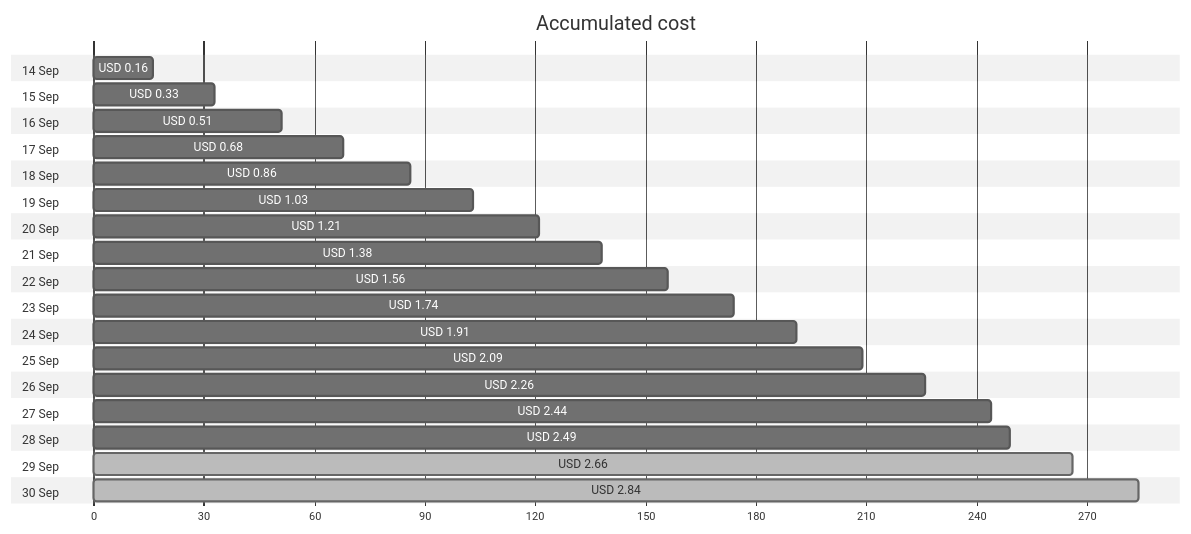
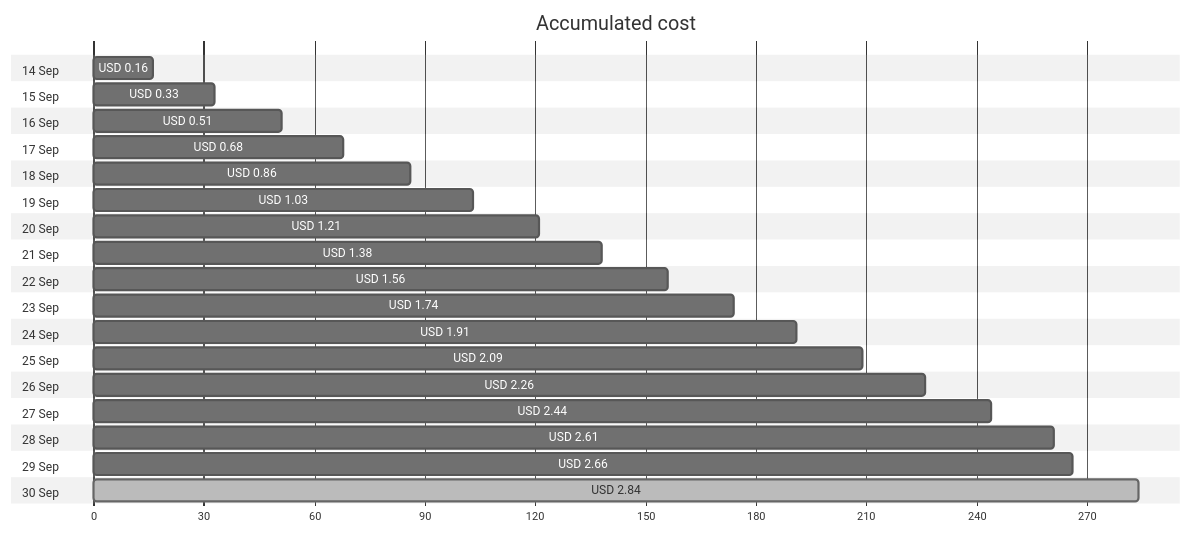
One commit to jpfulton/azure-personal-reports changed the first of 4 diagrams in cost-reports/personal-network/backup-server.md. Above: the diagram before and after it, drawn with Mermaid (neutral theme). The commit also changed other lines of this file and 9 other files, not shown here.

````diff
--- a/cost-reports/personal-network/backup-server.md
+++ b/cost-reports/personal-network/backup-server.md
@@ -20,40 +20,40 @@
 ```mermaid
 gantt
    title Accumulated cost
    dateFormat  X
    axisFormat %s
    section 14 Sep
    USD 0.16 :0, 16
    section 15 Sep
    USD 0.33 :0, 33
    section 16 Sep
    USD 0.51 :0, 51
    section 17 Sep
    USD 0.68 :0, 68
    section 18 Sep
    USD 0.86 :0, 86
    section 19 Sep
    USD 1.03 :0, 103
    section 20 Sep
    USD 1.21 :0, 121
    section 21 Sep
    USD 1.38 :0, 138
    section 22 Sep
    USD 1.56 :0, 156
    section 23 Sep
    USD 1.74 :0, 174
    section 24 Sep
    USD 1.91 :0, 191
    section 25 Sep
    USD 2.09 :0, 209
    section 26 Sep
    USD 2.26 :0, 226
    section 27 Sep
    USD 2.44 :0, 244
    section 28 Sep
-   USD 2.49 :0, 249
+   USD 2.61 :0, 261
    section 29 Sep
-   USD 2.66 : done, 0, 266
+   USD 2.66 :0, 266
    section 30 Sep
    USD 2.84 : done, 0, 284
 ```
````
